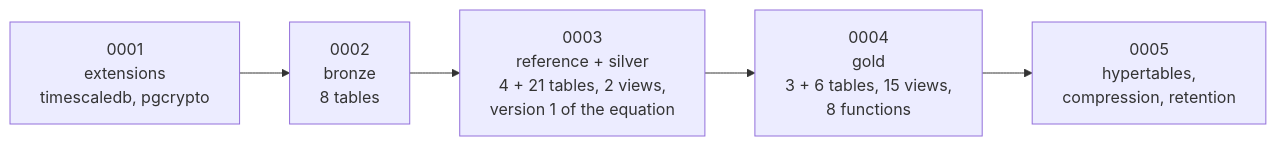
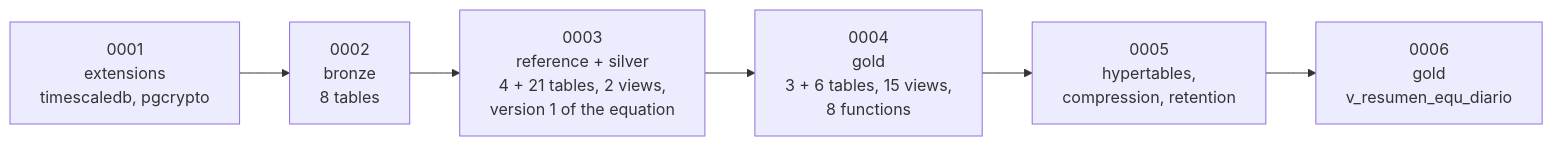
The tenth of 11 diagrams in docs/database_overview.md (juanpablocarrillohortua/clarios_app), drawn with Mermaid before and after one commit. The commit also changed other lines of this file and 19 other files, not shown here.

````diff
--- a/docs/database_overview.md
+++ b/docs/database_overview.md
@@ -727,9 +734,10 @@
 ```mermaid
 flowchart LR
     m1["0001<br/>extensions<br/>timescaledb, pgcrypto"]
     m2["0002<br/>bronze<br/>8 tables"]
     m3["0003<br/>reference + silver<br/>4 + 21 tables, 2 views,<br/>version 1 of the equation"]
     m4["0004<br/>gold<br/>3 + 6 tables, 15 views,<br/>8 functions"]
     m5["0005<br/>hypertables,<br/>compression, retention"]
-    m1 --> m2 --> m3 --> m4 --> m5
+    m6["0006<br/>gold<br/>v_resumen_equ_diario"]
+    m1 --> m2 --> m3 --> m4 --> m5 --> m6
 ```
````
